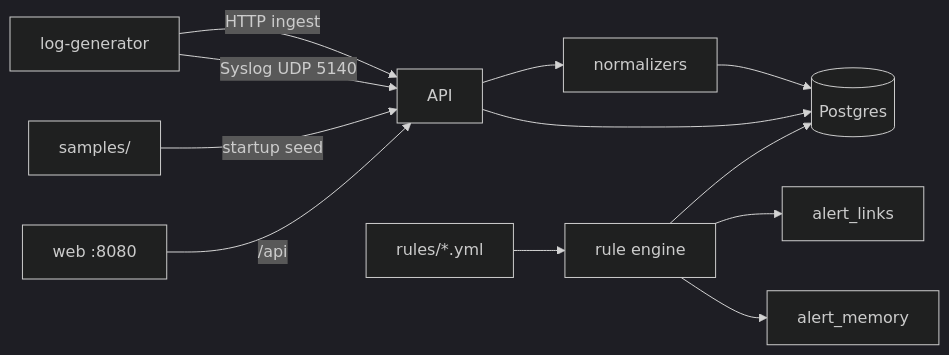
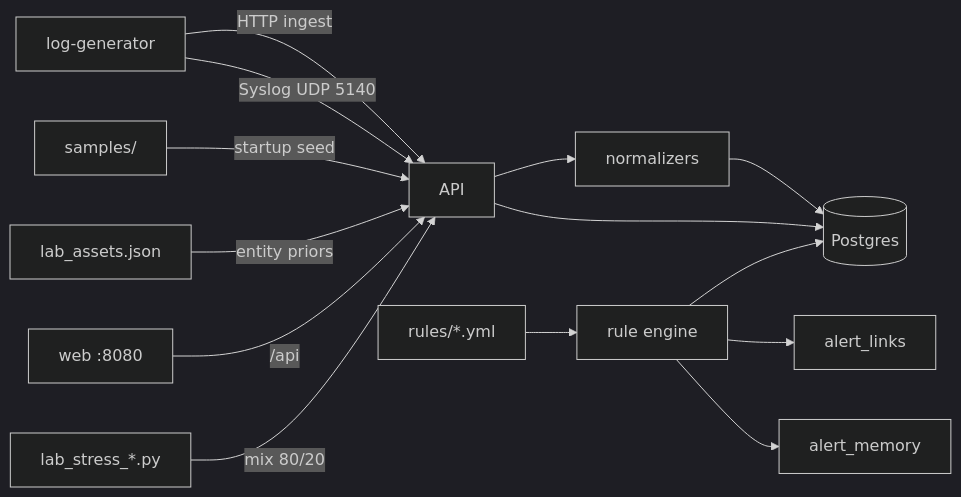
One commit to DarkGreen-projects/darkgreen-siem changed the first of 2 diagrams in docs/architecture.md. Above: the diagram before and after it, drawn with Mermaid (dark theme). The commit also changed other lines of this file and 7 other files, not shown here.

First line of the commit message:
docs: refresh setup, security, architecture, and stress lab guides

````diff
--- a/docs/architecture.md
+++ b/docs/architecture.md
@@ -18,14 +18,16 @@
 ```mermaid
 flowchart LR
   Gen[log-generator] -->|HTTP ingest| API
   Gen -->|Syslog UDP 5140| API
   Seed[samples/] -->|startup seed| API
+  Assets[lab_assets.json] -->|entity priors| API
   API --> Norm[normalizers]
   Norm --> PG[(Postgres)]
   Rules[rules/*.yml] --> Engine[rule engine]
   Engine --> PG
   Engine --> Graph[alert_links]
   Engine --> Mem[alert_memory]
   UI[web :8080] -->|/api| API
   API --> PG
+  Stress[lab_stress_*.py] -->|mix 80/20| API
 ```
````
